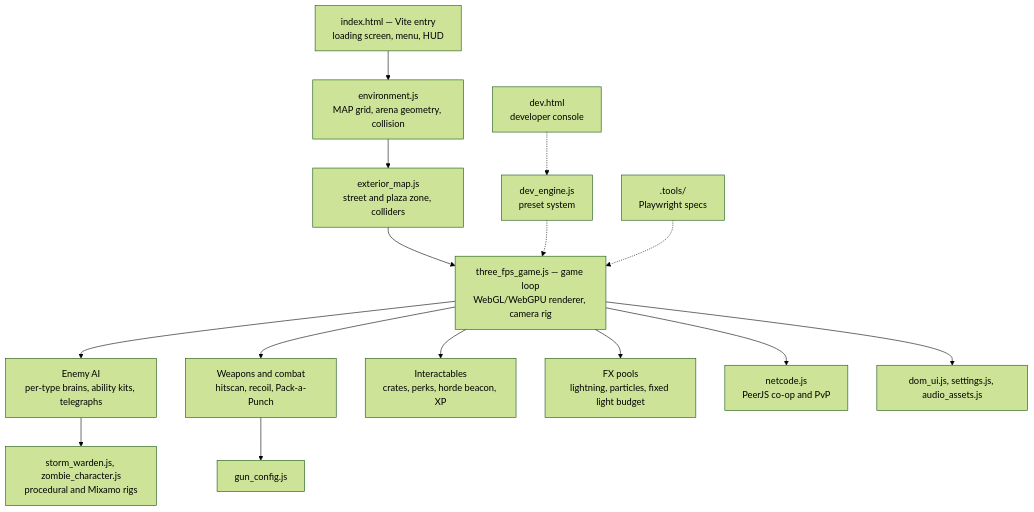
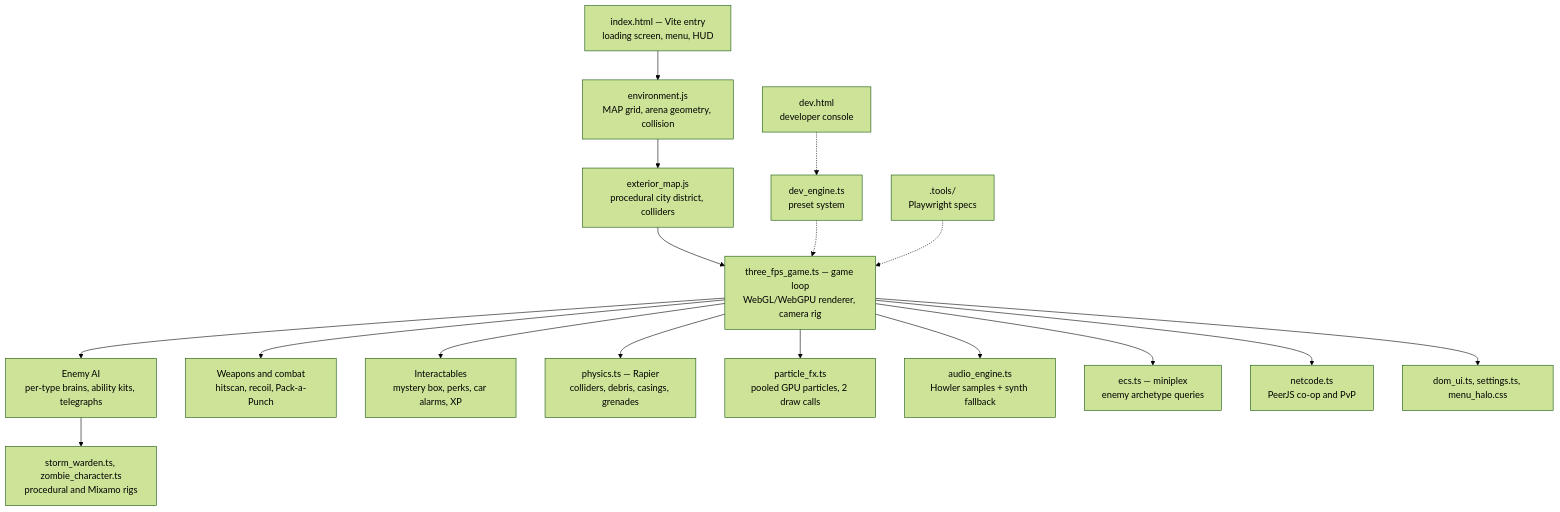
One commit to Lagilava/unknw-fps changed the diagram in README.md. Above: the diagram before and after it, drawn with Mermaid (forest theme). The commit also changed other lines of this file and 61 other files, not shown here.

````diff
--- a/README.md
+++ b/README.md
@@ -58,33 +88,37 @@
 ```mermaid
 flowchart TB
     HTML["index.html — Vite entry<br/>loading screen, menu, HUD"]
     ENV["environment.js<br/>MAP grid, arena geometry, collision"]
-    EXT["exterior_map.js<br/>street and plaza zone, colliders"]
-    LOOP["three_fps_game.js — game loop<br/>WebGL/WebGPU renderer, camera rig"]
+    EXT["exterior_map.js<br/>procedural city district, colliders"]
+    LOOP["three_fps_game.ts — game loop<br/>WebGL/WebGPU renderer, camera rig"]
     AI["Enemy AI<br/>per-type brains, ability kits, telegraphs"]
     WPN["Weapons and combat<br/>hitscan, recoil, Pack-a-Punch"]
-    ECON["Interactables<br/>crates, perks, horde beacon, XP"]
-    FX["FX pools<br/>lightning, particles, fixed light budget"]
-    RIG["storm_warden.js, zombie_character.js<br/>procedural and Mixamo rigs"]
-    GUN["gun_config.js"]
-    NET["netcode.js<br/>PeerJS co-op and PvP"]
-    UI["dom_ui.js, settings.js, audio_assets.js"]
-    DEVE["dev_engine.js<br/>preset system"]
+    ECON["Interactables<br/>mystery box, perks, car alarms, XP"]
+    PHYS["physics.ts — Rapier<br/>colliders, debris, casings, grenades"]
+    FX["particle_fx.ts<br/>pooled GPU particles, 2 draw calls"]
+    AUD["audio_engine.ts<br/>Howler samples + synth fallback"]
+    ECS["ecs.ts — miniplex<br/>enemy archetype queries"]
+    RIG["storm_warden.ts, zombie_character.ts<br/>procedural and Mixamo rigs"]
+    NET["netcode.ts<br/>PeerJS co-op and PvP"]
+    UI["dom_ui.ts, settings.ts, menu_halo.css"]
+    DEVE["dev_engine.ts<br/>preset system"]
     DEVC["dev.html<br/>developer console"]
     TESTS[".tools/<br/>Playwright specs"]
 
     HTML --> ENV
     ENV --> EXT
     EXT --> LOOP
     LOOP --> AI
     LOOP --> WPN
     LOOP --> ECON
+    LOOP --> PHYS
     LOOP --> FX
+    LOOP --> AUD
+    LOOP --> ECS
     LOOP --> NET
     LOOP --> UI
     AI --> RIG
-    WPN --> GUN
     DEVC -.-> DEVE
     DEVE -.-> LOOP
     TESTS -.-> LOOP
 ```
````
